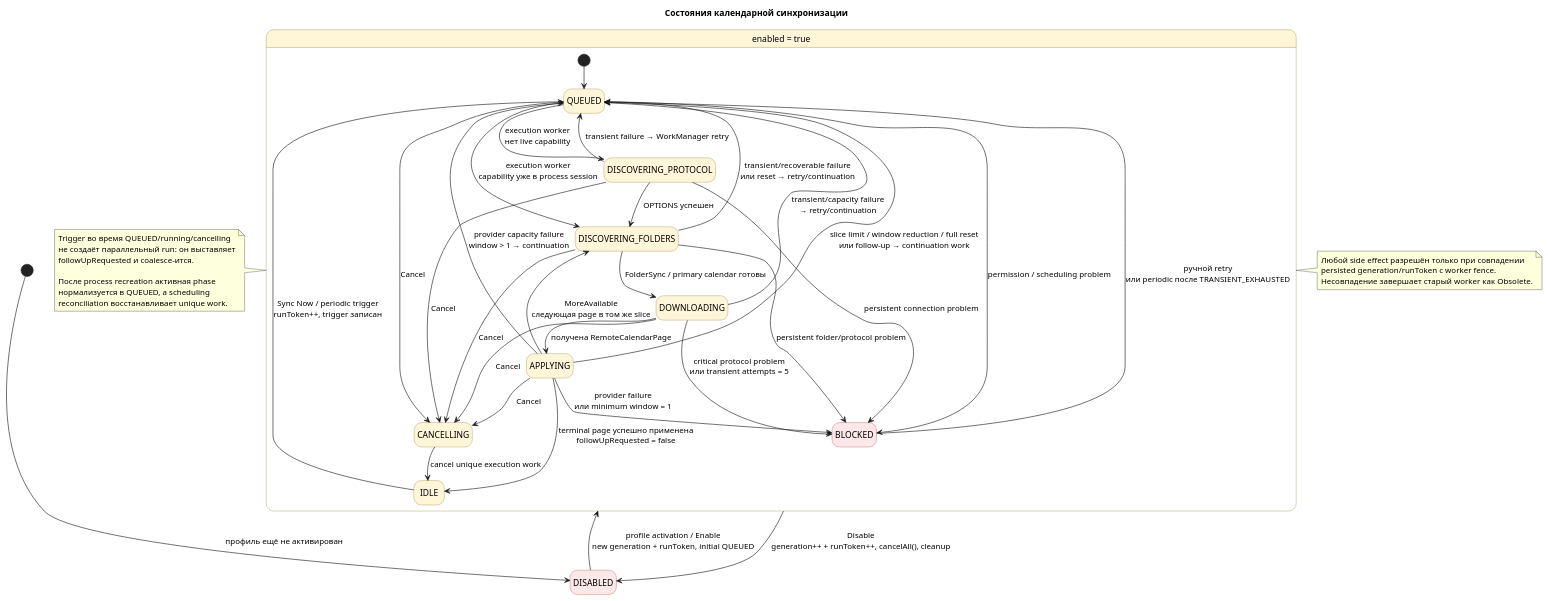
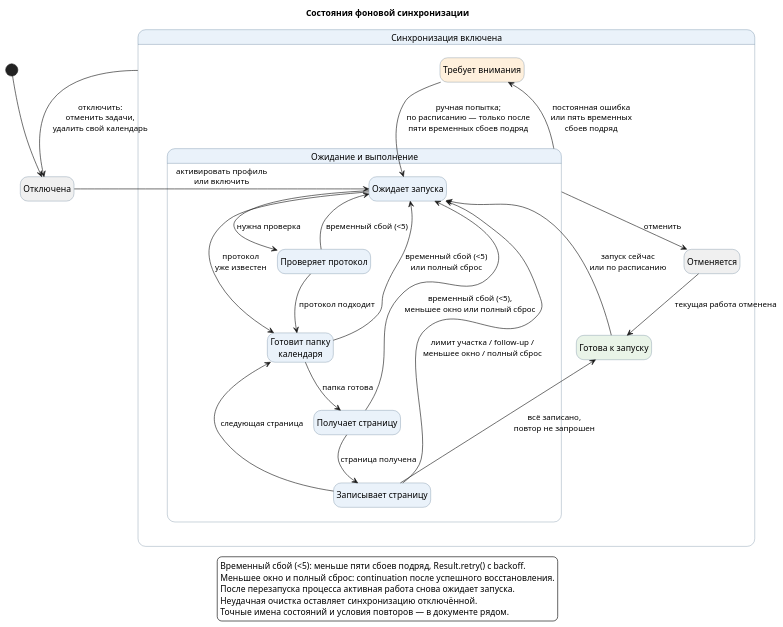
The diagram in docs/diagrams/sync-state-machine.puml (mixalich7b/exchange-sync-android), drawn with PlantUML before and after one commit. The commit also changed 26 other files, not shown here.

```diff
--- a/docs/diagrams/sync-state-machine.puml
+++ b/docs/diagrams/sync-state-machine.puml
@@ -1,79 +1,51 @@
 @startuml
-title Состояния календарной синхронизации
-
+title Состояния фоновой синхронизации
 hide empty description
 skinparam shadowing false
+skinparam backgroundColor white
 skinparam state {
-  BackgroundColor #FFF6DA
-  BorderColor #8A6D1D
-  BackgroundColor<<terminal>> #FCE8E8
-  BorderColor<<terminal>> #A33A3A
+  BackgroundColor #EAF2FA
+  BorderColor #54718A
 }
+state "Отключена" as DISABLED #F0F0F0
+state "Синхронизация включена" as Enabled {
+  state "Готова к запуску" as IDLE #E9F4E8
+  state "Требует внимания" as BLOCKED #FFF0DC
+  state "Отменяется" as CANCELLING #F0F0F0
+  state "Ожидание и выполнение" as Active {
+    state "Ожидает запуска" as QUEUED
+    state "Проверяет протокол" as DISCOVERING_PROTOCOL
+    state "Готовит папку\nкалендаря" as DISCOVERING_FOLDERS
+    state "Получает страницу" as DOWNLOADING
+    state "Записывает страницу" as APPLYING
 
-state DISABLED <<terminal>>
+    QUEUED --> DISCOVERING_PROTOCOL : нужна проверка
+    QUEUED --> DISCOVERING_FOLDERS : протокол\nуже известен
+    DISCOVERING_PROTOCOL --> DISCOVERING_FOLDERS : протокол подходит
+    DISCOVERING_FOLDERS --> DOWNLOADING : папка готова
+    DOWNLOADING --> APPLYING : страница получена
+    APPLYING --> DISCOVERING_FOLDERS : следующая страница
+    DISCOVERING_PROTOCOL --> QUEUED : временный сбой (<5)
+    DISCOVERING_FOLDERS --> QUEUED : временный сбой (<5)\nили полный сброс
+    DOWNLOADING --> QUEUED : временный сбой (<5),\nменьшее окно или полный сброс
+    APPLYING --> QUEUED : лимит участка / follow-up /\nменьшее окно / полный сброс
+  }
+  IDLE --> QUEUED : запуск сейчас\nили по расписанию
+  BLOCKED --> QUEUED : ручная попытка;\nпо расписанию — только после\nпяти временных сбоев подряд
+  APPLYING --> IDLE : всё записано,\nповтор не запрошен
+  Active --> CANCELLING : отменить
+  CANCELLING --> IDLE : текущая работа отменена
+  Active --> BLOCKED : постоянная ошибка\nили пять временных\nсбоев подряд
+}
+[*] --> DISABLED
+DISABLED --> QUEUED : активировать профиль\nили включить
+Enabled --> DISABLED : отключить:\nотменить задачи,\nудалить свой календарь
 
-state "enabled = true" as Enabled {
-  [*] --> QUEUED
-
-  state IDLE
-  state QUEUED
-  state DISCOVERING_PROTOCOL
-  state DISCOVERING_FOLDERS
-  state DOWNLOADING
-  state APPLYING
-  state CANCELLING
-  state BLOCKED <<terminal>>
-
-  IDLE --> QUEUED : Sync Now / periodic trigger\nrunToken++, trigger записан
-  BLOCKED --> QUEUED : ручной retry\nили periodic после TRANSIENT_EXHAUSTED
-
-  QUEUED --> DISCOVERING_PROTOCOL : execution worker\nнет live capability
-  QUEUED --> DISCOVERING_FOLDERS : execution worker\ncapability уже в process session
-  DISCOVERING_PROTOCOL --> DISCOVERING_FOLDERS : OPTIONS успешен
-  DISCOVERING_FOLDERS --> DOWNLOADING : FolderSync / primary calendar готовы
-  DOWNLOADING --> APPLYING : получена RemoteCalendarPage
-
-  APPLYING --> DISCOVERING_FOLDERS : MoreAvailable\nследующая page в том же slice
-  APPLYING --> QUEUED : slice limit / window reduction / full reset\nили follow-up → continuation work
-  APPLYING --> IDLE : terminal page успешно применена\nfollowUpRequested = false
-
-  DISCOVERING_PROTOCOL --> QUEUED : transient failure → WorkManager retry
-  DISCOVERING_FOLDERS --> QUEUED : transient/recoverable failure\nили reset → retry/continuation
-  DOWNLOADING --> QUEUED : transient/capacity failure\n→ retry/continuation
-  APPLYING --> QUEUED : provider capacity failure\nwindow > 1 → continuation
-
-  QUEUED --> BLOCKED : permission / scheduling problem
-  DISCOVERING_PROTOCOL --> BLOCKED : persistent connection problem
-  DISCOVERING_FOLDERS --> BLOCKED : persistent folder/protocol problem
-  DOWNLOADING --> BLOCKED : critical protocol problem\nили transient attempts = 5
-  APPLYING --> BLOCKED : provider failure\nили minimum window = 1
-
-  QUEUED --> CANCELLING : Cancel
-  DISCOVERING_PROTOCOL --> CANCELLING : Cancel
-  DISCOVERING_FOLDERS --> CANCELLING : Cancel
-  DOWNLOADING --> CANCELLING : Cancel
-  APPLYING --> CANCELLING : Cancel
-  CANCELLING --> IDLE : cancel unique execution work
-}
-
-[*] --> DISABLED : профиль ещё не активирован
-DISABLED --> Enabled : profile activation / Enable\nnew generation + runToken, initial QUEUED
-Enabled --> DISABLED : Disable\ngeneration++ + runToken++, cancelAll(), cleanup
-
-note right of Enabled
-  Любой side effect разрешён только при совпадении
-  persisted generation/runToken с worker fence.
-  Несовпадение завершает старый worker как Obsolete.
-end note
-
-note left of Enabled
-  Trigger во время QUEUED/running/cancelling
-  не создаёт параллельный run: он выставляет
-  followUpRequested и coalesce-ится.
-
-  После process recreation активная phase
-  нормализуется в QUEUED, а scheduling
-  reconciliation восстанавливает unique work.
-end note
-
+legend bottom
+Временный сбой (<5): меньше пяти сбоев подряд, Result.retry() с backoff.
+Меньшее окно и полный сброс: continuation после успешного восстановления.
+После перезапуска процесса активная работа снова ожидает запуска.
+Неудачная очистка оставляет синхронизацию отключённой.
+Точные имена состояний и условия повторов — в документе рядом.
+endlegend
 @enduml
```
